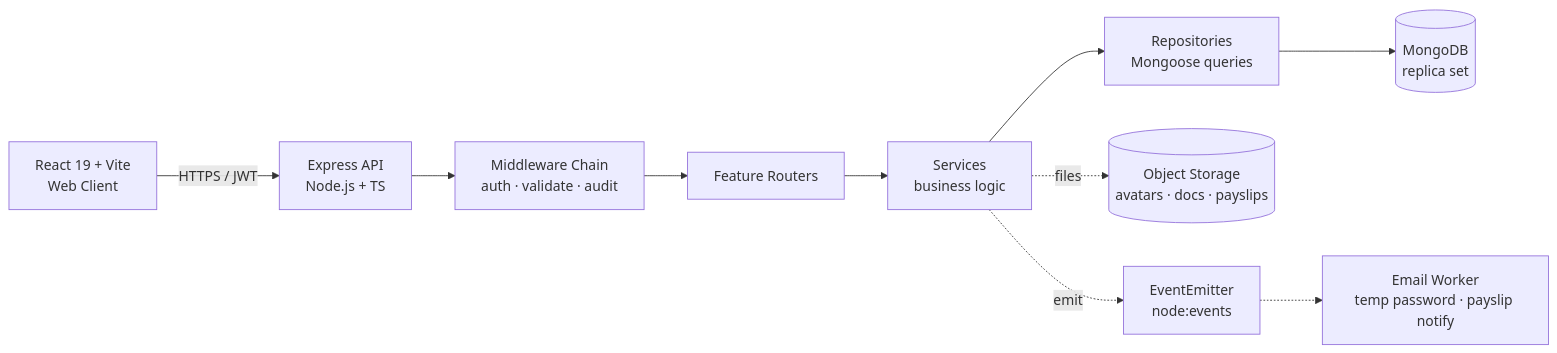
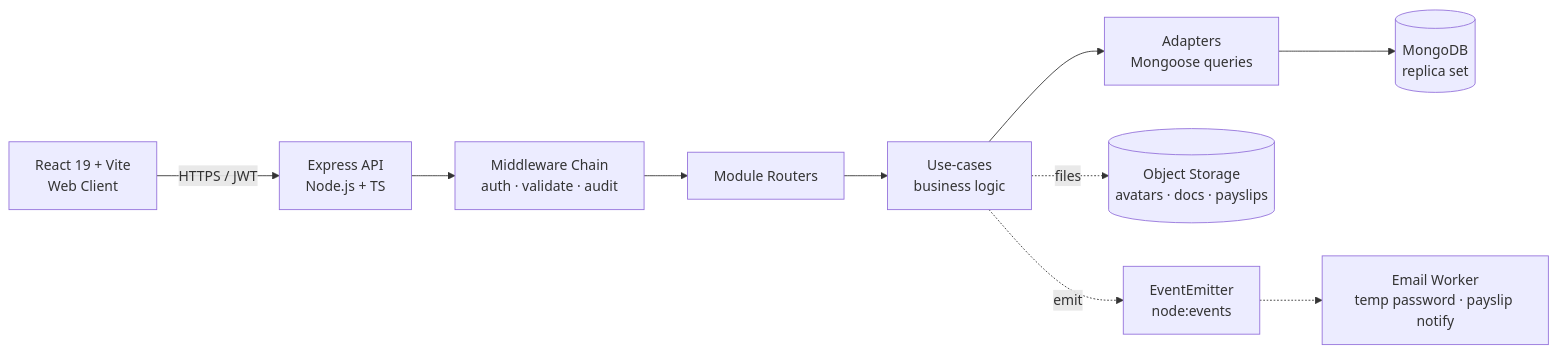
One commit to vgduchieu0602/soosky-hrm changed the first of 3 diagrams in backend/docs/BE-ARCHITECTURE.md. Above: the diagram before and after it, drawn with Mermaid. The commit also changed other lines of this file and 17 other files, not shown here.

````diff
--- a/backend/docs/BE-ARCHITECTURE.md
+++ b/backend/docs/BE-ARCHITECTURE.md
@@ -11,12 +11,12 @@
 ```mermaid
 flowchart LR
   CLIENT[React 19 + Vite<br/>Web Client] -->|HTTPS / JWT| API[Express API<br/>Node.js + TS]
   API --> MW[Middleware Chain<br/>auth · validate · audit]
-  MW --> FEAT[Feature Routers]
-  FEAT --> SVC[Services<br/>business logic]
-  SVC --> REPO[Repositories<br/>Mongoose queries]
+  MW --> FEAT[Module Routers]
+  FEAT --> SVC[Use-cases<br/>business logic]
+  SVC --> REPO[Adapters<br/>Mongoose queries]
   REPO --> DB[(MongoDB<br/>replica set)]
   SVC -.->|files| S3[(Object Storage<br/>avatars · docs · payslips)]
   SVC -.->|emit| BUS[EventEmitter<br/>node:events]
   BUS -.-> MAIL[Email Worker<br/>temp password · payslip notify]
 ```
````
